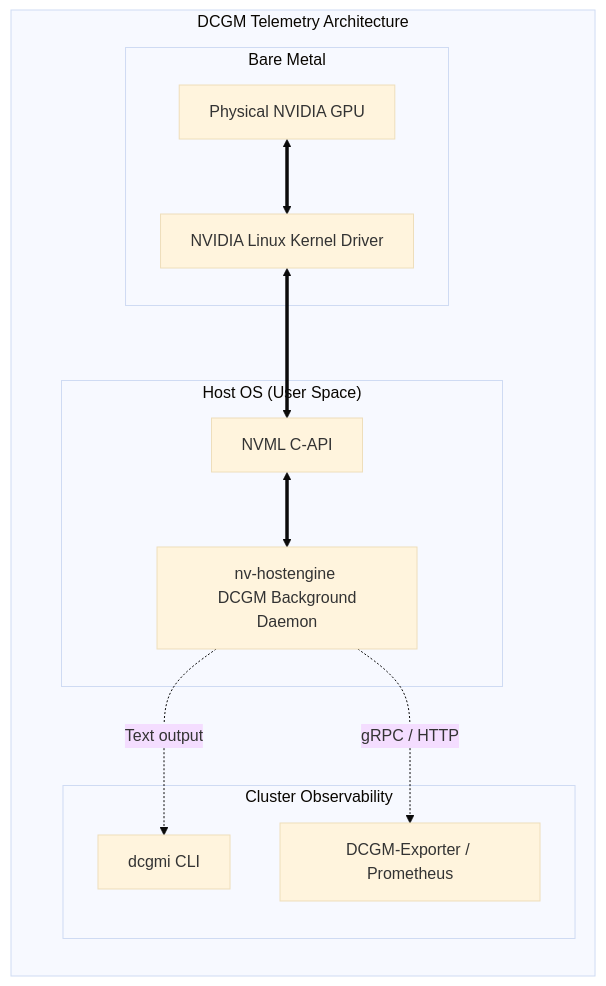
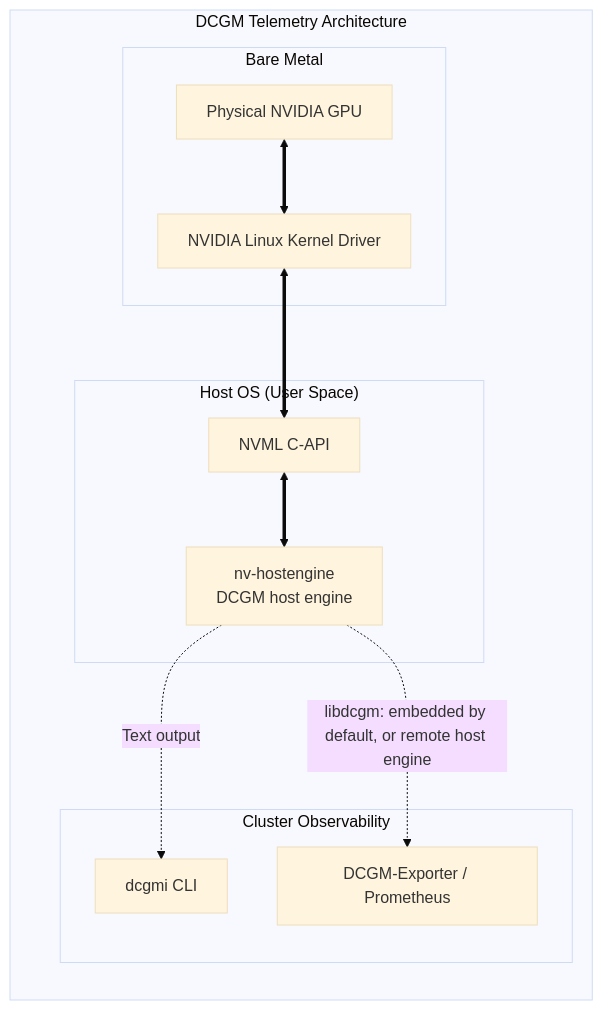
The second of 2 diagrams in docs/nvidia-zero-to-hero/volume-16/chapter-04-dcgm-the-gpu-metrics-foundation.md (jithinpnjm/nvidia-devops), drawn with Mermaid (base theme) before and after one commit. The commit also changed other lines of this file and 46 other files, not shown here.

````diff
--- a/docs/nvidia-zero-to-hero/volume-16/chapter-04-dcgm-the-gpu-metrics-foundation.md
+++ b/docs/nvidia-zero-to-hero/volume-16/chapter-04-dcgm-the-gpu-metrics-foundation.md
@@ -367,28 +320,28 @@
 ```mermaid
 flowchart TD
     subgraph The_DCGM_Bridge["DCGM Telemetry Architecture"]
         direction TB
         
         subgraph Hardware["Bare Metal"]
             GPU[Physical NVIDIA GPU]
             Driver[NVIDIA Linux Kernel Driver]
             GPU <==> Driver
         end
         
         subgraph User_Space["Host OS (User Space)"]
             NVML[NVML C-API]
-            DCGM[nv-hostengine <br/> DCGM Background Daemon]
+            DCGM[nv-hostengine <br/> DCGM host engine]
             
             Driver <==> NVML
             NVML <==> DCGM
         end
         
         subgraph Monitoring["Cluster Observability"]
             CLI[dcgmi CLI]
             Exporter[DCGM-Exporter / Prometheus]
             
             DCGM -.->|Text output| CLI
-            DCGM -.->|gRPC / HTTP| Exporter
+            DCGM -.->|libdcgm: embedded by default, or remote host engine| Exporter
         end
     end
 ```
````
